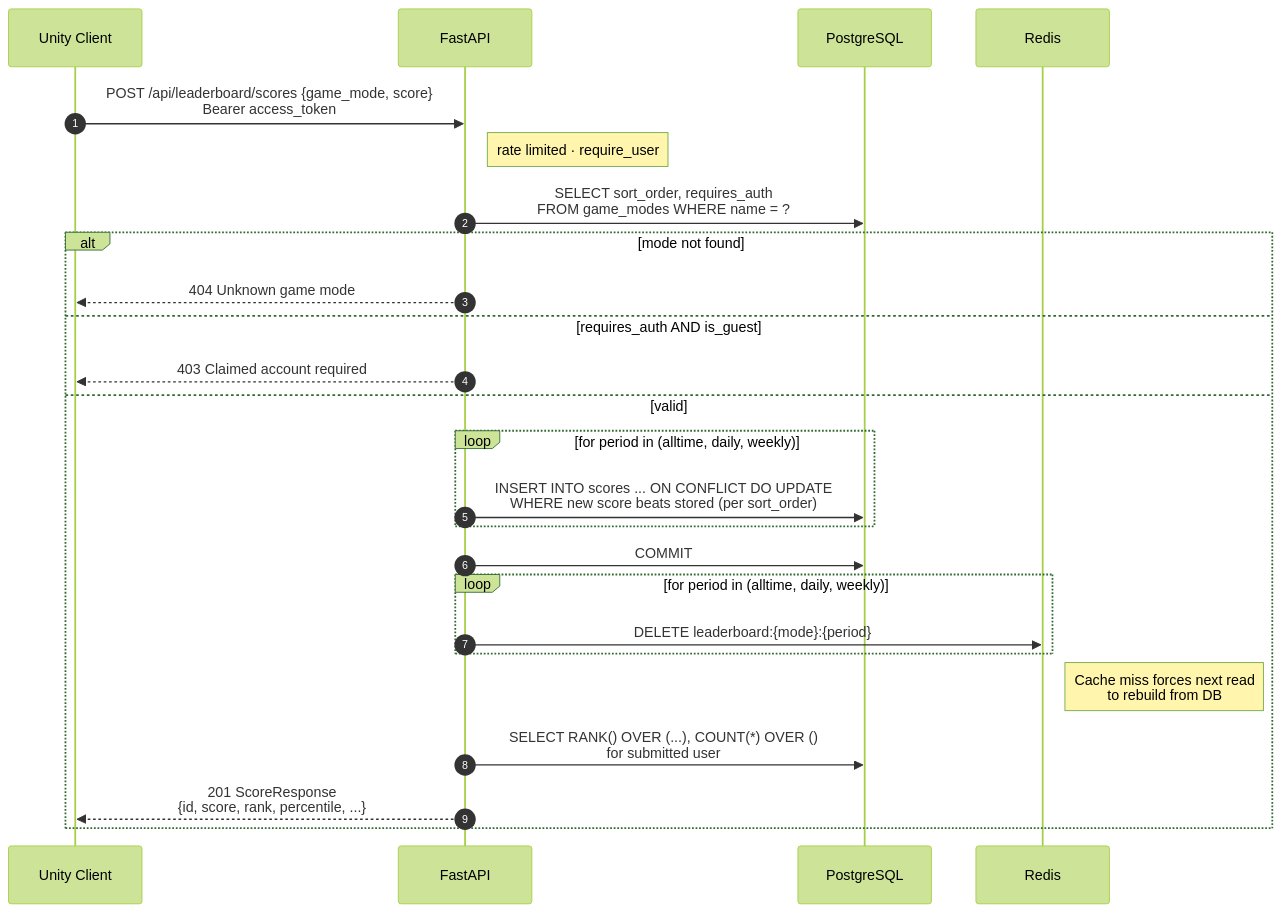
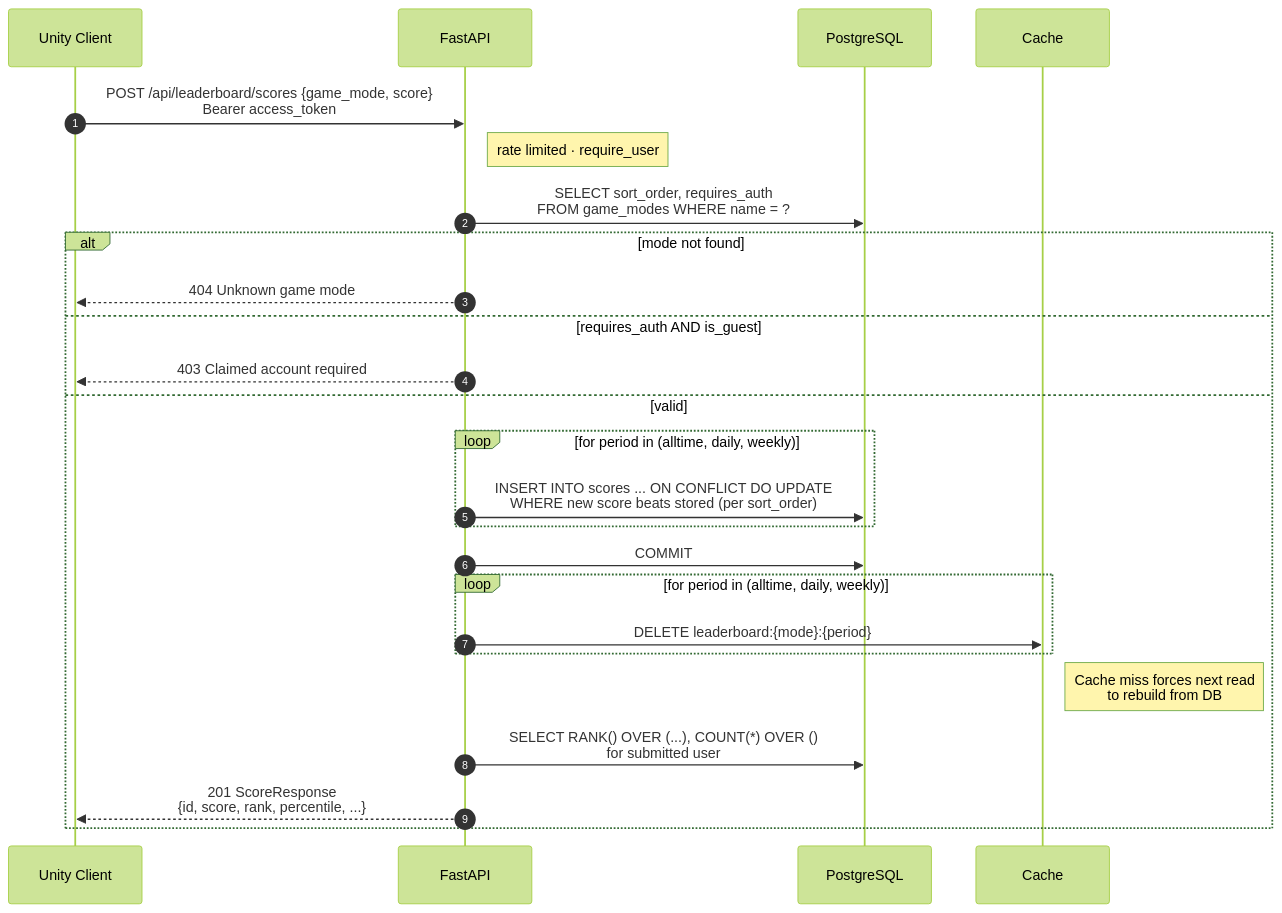
The fourth of 4 diagrams in README.md (EricMay256/HighScoreServer), drawn with Mermaid (forest theme) before and after one commit. The commit also changed other lines of this file and 8 other files, not shown here.

Commit message:
Broke out architectural decisions into adr, backfilled existing decisions

````diff
--- a/README.md
+++ b/README.md
@@ -291,27 +288,27 @@
 ```mermaid
 sequenceDiagram
     autonumber
     participant U as Unity Client
     participant API as FastAPI
     participant DB as PostgreSQL
-    participant R as Redis
+    participant C as Cache
     U->>API: POST /api/leaderboard/scores {game_mode, score}<br/>Bearer access_token
     Note right of API: rate limited · require_user
     API->>DB: SELECT sort_order, requires_auth<br/>FROM game_modes WHERE name = ?
     alt mode not found
         API-->>U: 404 Unknown game mode
     else requires_auth AND is_guest
         API-->>U: 403 Claimed account required
     else valid
         loop for period in (alltime, daily, weekly)
             API->>DB: INSERT INTO scores ... ON CONFLICT DO UPDATE<br/>WHERE new score beats stored (per sort_order)
         end
         API->>DB: COMMIT
         loop for period in (alltime, daily, weekly)
-            API->>R: DELETE leaderboard:{mode}:{period}
+            API->>C: DELETE leaderboard:{mode}:{period}
         end
-        Note right of R: Cache miss forces next read<br/>to rebuild from DB
+        Note right of C: Cache miss forces next read<br/>to rebuild from DB
         API->>DB: SELECT RANK() OVER (...), COUNT(*) OVER ()<br/>for submitted user
         API-->>U: 201 ScoreResponse<br/>{id, score, rank, percentile, ...}
     end
 ```
````
